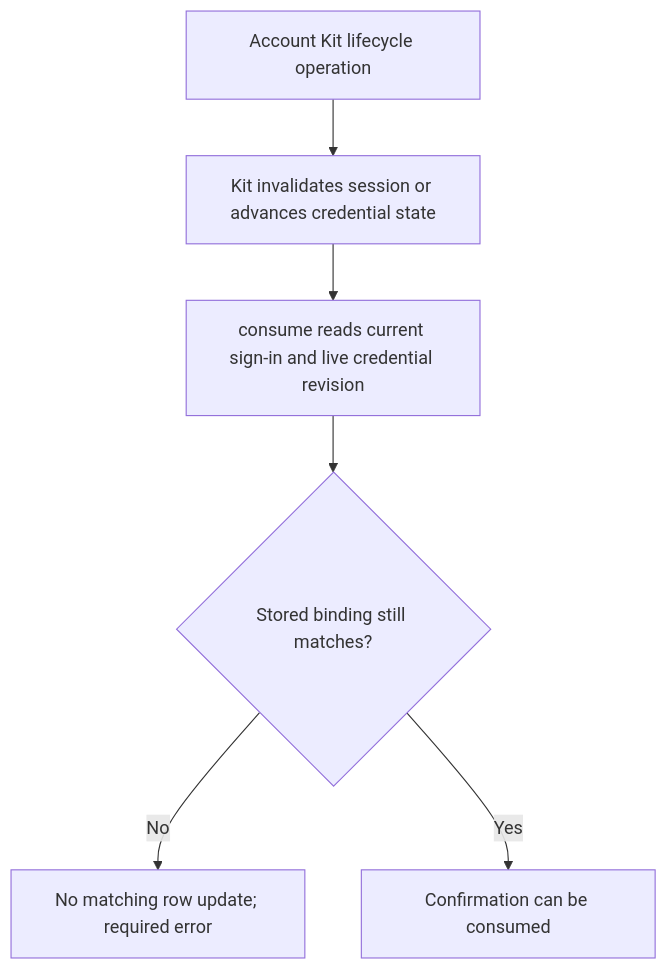
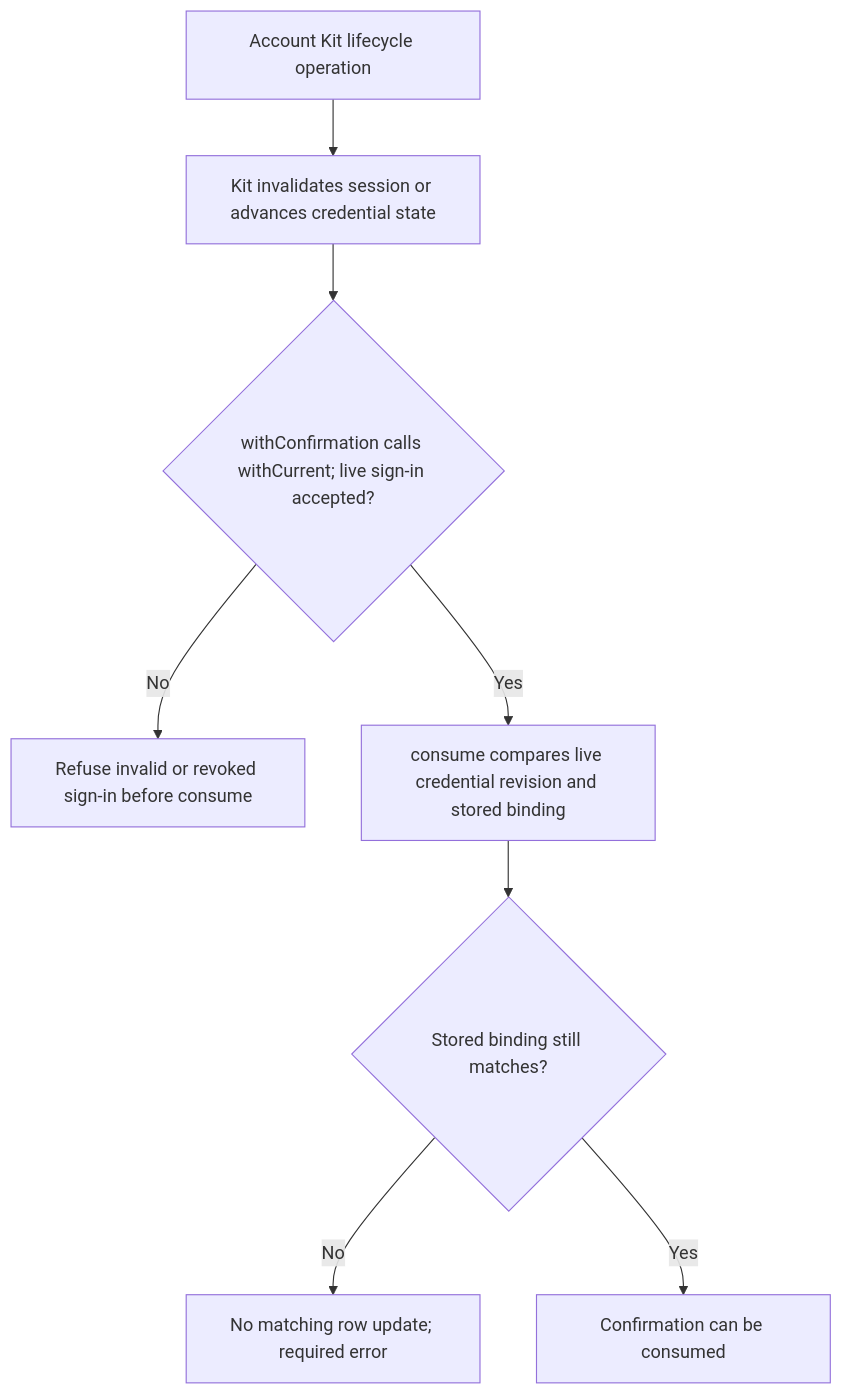
Before and after one commit to Kevinjohn/oss-adonisjs-confirm-action-with-password: the second of 2 diagrams in user-stories/US-CONFIRM-03-revoke-confirmations.md, drawn with Mermaid. The commit also changed other lines of this file and 1 other file, not shown here.

Commit message:
docs: correct catalogue behavior and recovery flows

````diff
--- a/user-stories/US-CONFIRM-03-revoke-confirmations.md
+++ b/user-stories/US-CONFIRM-03-revoke-confirmations.md
@@ -32,8 +34,10 @@
 ```mermaid
 flowchart TD
     A["Account Kit lifecycle operation"] --> B["Kit invalidates session or advances credential state"]
-    B --> C["consume reads current sign-in and live credential revision"]
-    C --> D{"Stored binding still matches?"}
+    B --> C{"withConfirmation calls withCurrent; live sign-in accepted?"}
+    C -->|No| G["Refuse invalid or revoked sign-in before consume"]
+    C -->|Yes| H["consume compares live credential revision and stored binding"]
+    H --> D{"Stored binding still matches?"}
     D -->|No| E["No matching row update; required error"]
     D -->|Yes| F["Confirmation can be consumed"]
 ```
````
